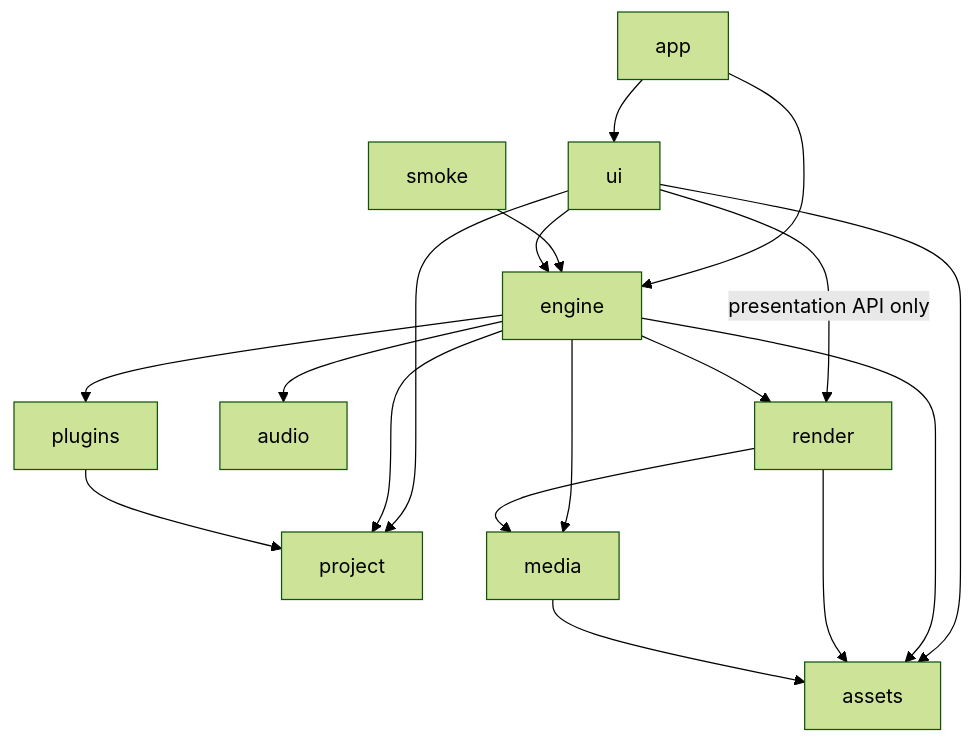
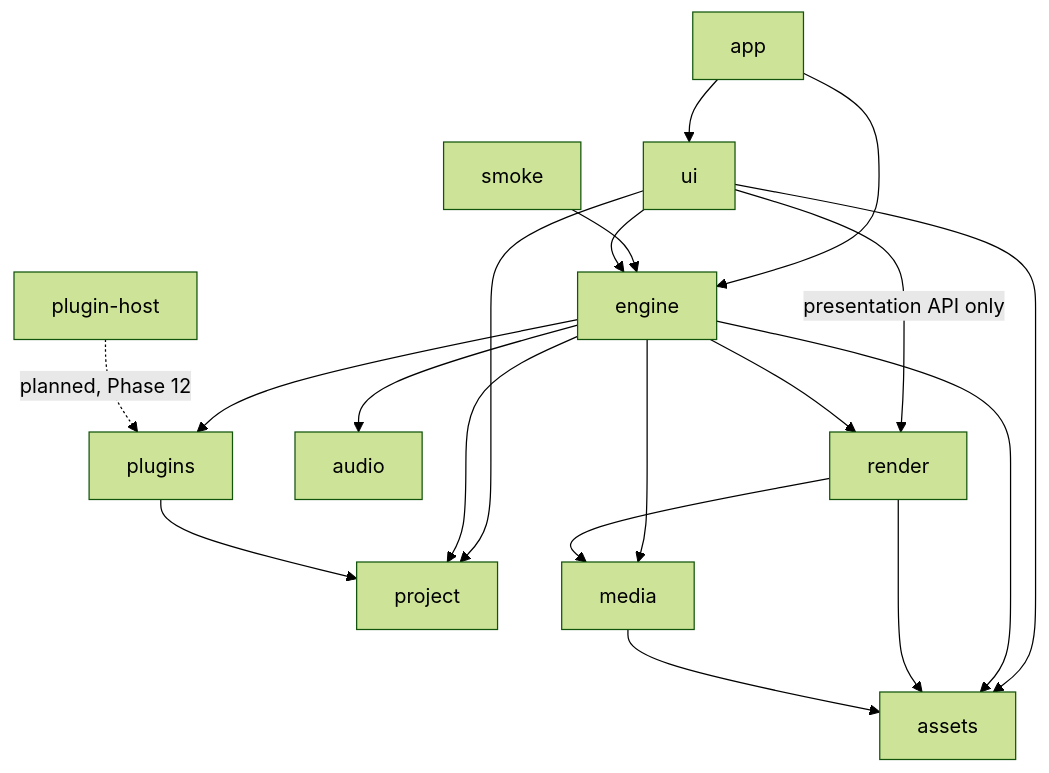
The first of 6 diagrams in docs/ARCHITECTURE.md (RayenTellissy/glass), drawn with Mermaid (forest theme) before and after one commit. The commit also changed other lines of this file, not shown here.

Commit message:
docs: tighten architecture after phase 0 review

````diff
--- a/docs/ARCHITECTURE.md
+++ b/docs/ARCHITECTURE.md
@@ -57,20 +58,21 @@
 ```mermaid
 flowchart TD
     app --> ui
     app --> engine
     smoke --> engine
     ui --> engine
     ui --> project
     ui -->|presentation API only| render
     ui --> assets
     engine --> project
     engine --> media
     engine --> render
     engine --> audio
     engine --> plugins
     engine --> assets
     render --> media
     render --> assets
     media --> assets
     plugins --> project
+    plugin-host -.->|planned, Phase 12| plugins
 ```
````
